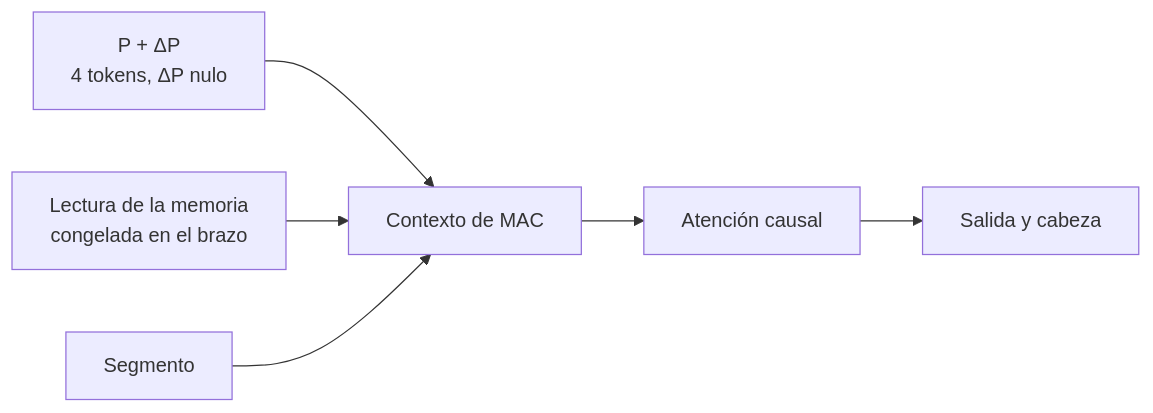
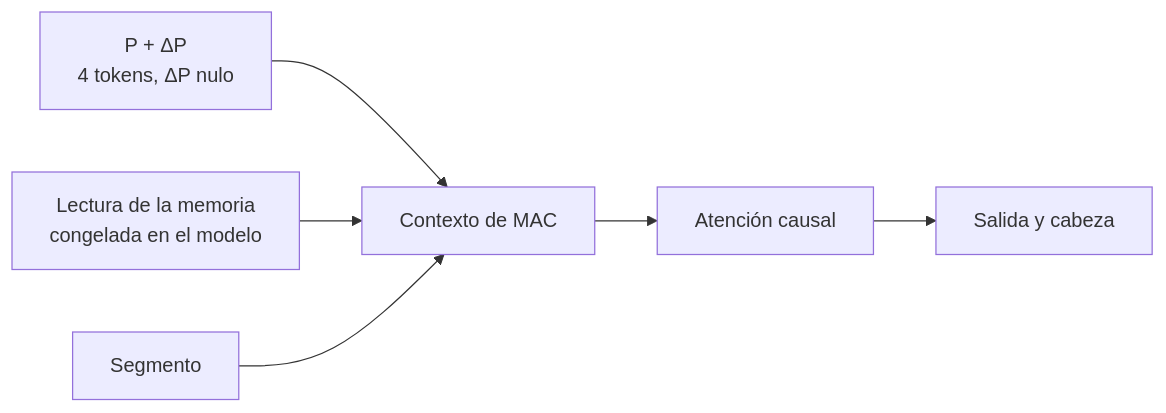
Before and after one commit to GonxKZ/mars-titan: the seventh of 7 diagrams in docs/engineering/adapter-variety.md, drawn with Mermaid. The commit also changed other lines of this file and 232 other files, not shown here.

````diff
--- a/docs/engineering/adapter-variety.md
+++ b/docs/engineering/adapter-variety.md
@@ -238,7 +238,7 @@
 ```mermaid
 flowchart LR
     PP["P + ΔP<br/>4 tokens, ΔP nulo"] --> C["Contexto de MAC"]
-    R["Lectura de la memoria<br/>congelada en el brazo"] --> C
+    R["Lectura de la memoria<br/>congelada en el modelo"] --> C
     S["Segmento"] --> C
     C --> A["Atención causal"] --> O["Salida y cabeza"]
 ```
````
